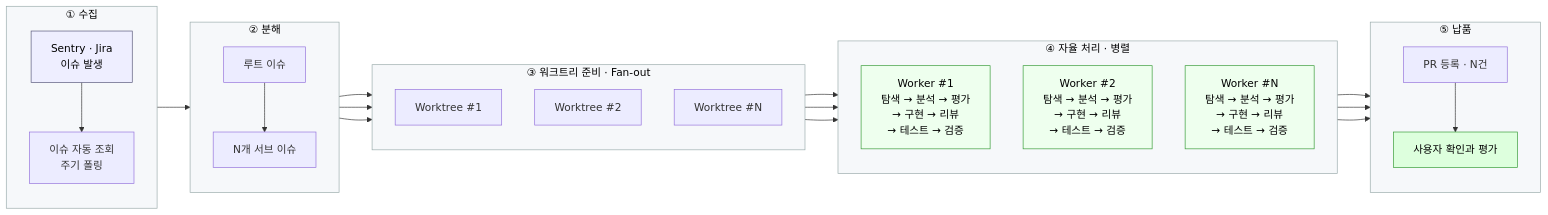
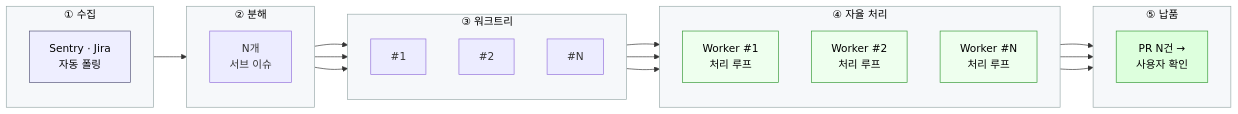
Before and after one commit to inchan/inchan: the first of 4 diagrams in README.md, drawn with Mermaid. The commit also changed other lines of this file, not shown here.

````diff
--- a/README.md
+++ b/README.md
@@ -53,51 +53,51 @@
 ```mermaid
 flowchart LR
     subgraph S1["① 수집"]
         direction TB
-        A1[Sentry · Jira<br/>이슈 발생] --> A2[이슈 자동 조회<br/>주기 폴링]
+        A[Sentry · Jira<br/>자동 폴링]
     end
 
     subgraph S2["② 분해"]
         direction TB
-        B1[루트 이슈] --> B2[N개 서브 이슈]
+        B[N개<br/>서브 이슈]
     end
 
-    subgraph S3["③ 워크트리 준비 · Fan-out"]
+    subgraph S3["③ 워크트리"]
         direction TB
-        W1[Worktree #1]
-        W2[Worktree #2]
-        WN[Worktree #N]
+        W1[#1]
+        W2[#2]
+        WN[#N]
     end
 
-    subgraph S4["④ 자율 처리 · 병렬"]
+    subgraph S4["④ 자율 처리"]
         direction TB
-        P1[Worker #1<br/>탐색 → 분석 → 평가<br/>→ 구현 → 리뷰<br/>→ 테스트 → 검증]
-        P2[Worker #2<br/>탐색 → 분석 → 평가<br/>→ 구현 → 리뷰<br/>→ 테스트 → 검증]
-        PN[Worker #N<br/>탐색 → 분석 → 평가<br/>→ 구현 → 리뷰<br/>→ 테스트 → 검증]
+        P1[Worker #1<br/>처리 루프]
+        P2[Worker #2<br/>처리 루프]
+        PN[Worker #N<br/>처리 루프]
     end
 
     subgraph S5["⑤ 납품"]
         direction TB
-        E1[PR 등록 · N건] --> E2[사용자 확인과 평가]
+        E[PR N건 →<br/>사용자 확인]
     end
 
-    A2 --> B1
-    B2 --> W1
-    B2 --> W2
-    B2 --> WN
+    A --> B
+    B --> W1
+    B --> W2
+    B --> WN
     W1 --> P1
     W2 --> P2
     WN --> PN
-    P1 --> E1
-    P2 --> E1
-    PN --> E1
+    P1 --> E
+    P2 --> E
+    PN --> E
 
     classDef start fill:#eef,stroke:#557,color:#000
     classDef worker fill:#efe,stroke:#393,color:#000
     classDef done fill:#dfd,stroke:#393,color:#000
     classDef stage fill:#f6f8fa,stroke:#9aa,color:#000
-    class A1 start
+    class A start
     class P1,P2,PN worker
-    class E2 done
+    class E done
     class S1,S2,S3,S4,S5 stage
 ```
````
